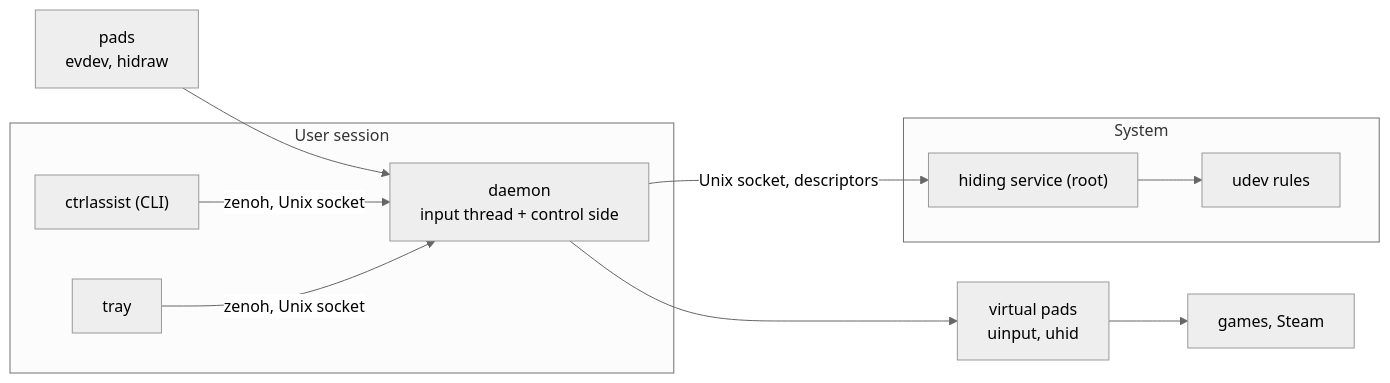
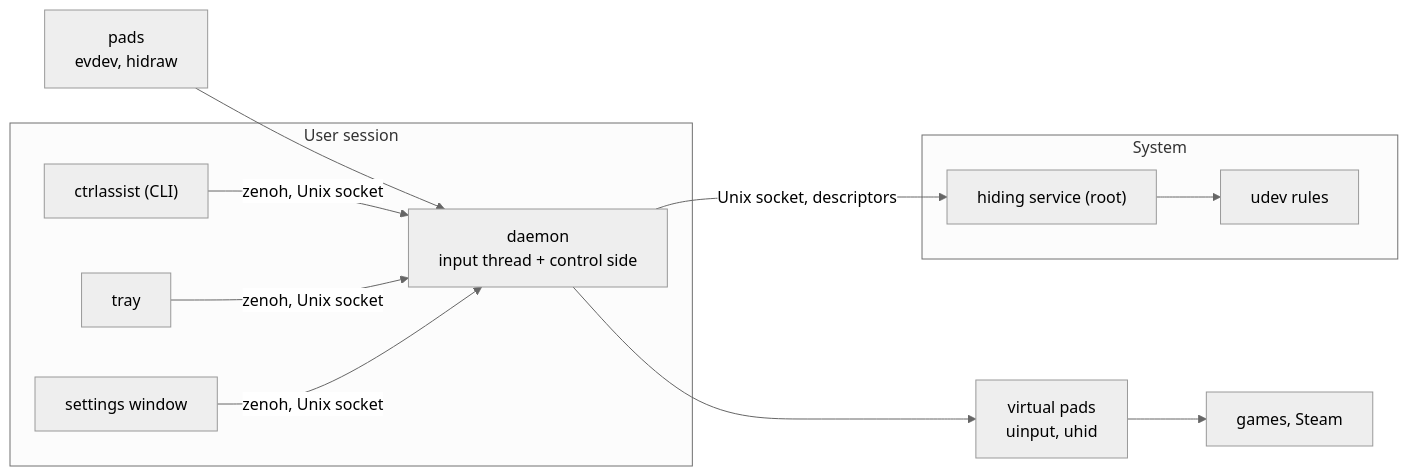
One commit to ruffsl/CtrlAssist changed the first of 2 diagrams in docs/architecture.md. Above: the diagram before and after it, drawn with Mermaid (neutral theme). The commit also changed other lines of this file and 8 other files, not shown here.

First line of the commit message:
docs: the settings window in the guide and the architecture, and DualSense output over Bluetooth

````diff
--- a/docs/architecture.md
+++ b/docs/architecture.md
@@ -35,19 +35,21 @@
 ```mermaid
 flowchart LR
     subgraph user["User session"]
         cli["ctrlassist (CLI)"]
         tray["tray"]
+        gui["settings window"]
         daemon["daemon<br>input thread + control side"]
     end
     subgraph system["System"]
         hider["hiding service (root)"]
         udev["udev rules"]
     end
     pads["pads<br>evdev, hidraw"] --> daemon
     daemon --> vpads["virtual pads<br>uinput, uhid"]
     vpads --> games["games, Steam"]
     cli -- "zenoh, Unix socket" --> daemon
     tray -- "zenoh, Unix socket" --> daemon
+    gui -- "zenoh, Unix socket" --> daemon
     daemon -- "Unix socket, descriptors" --> hider
     hider --> udev
 ```
````
